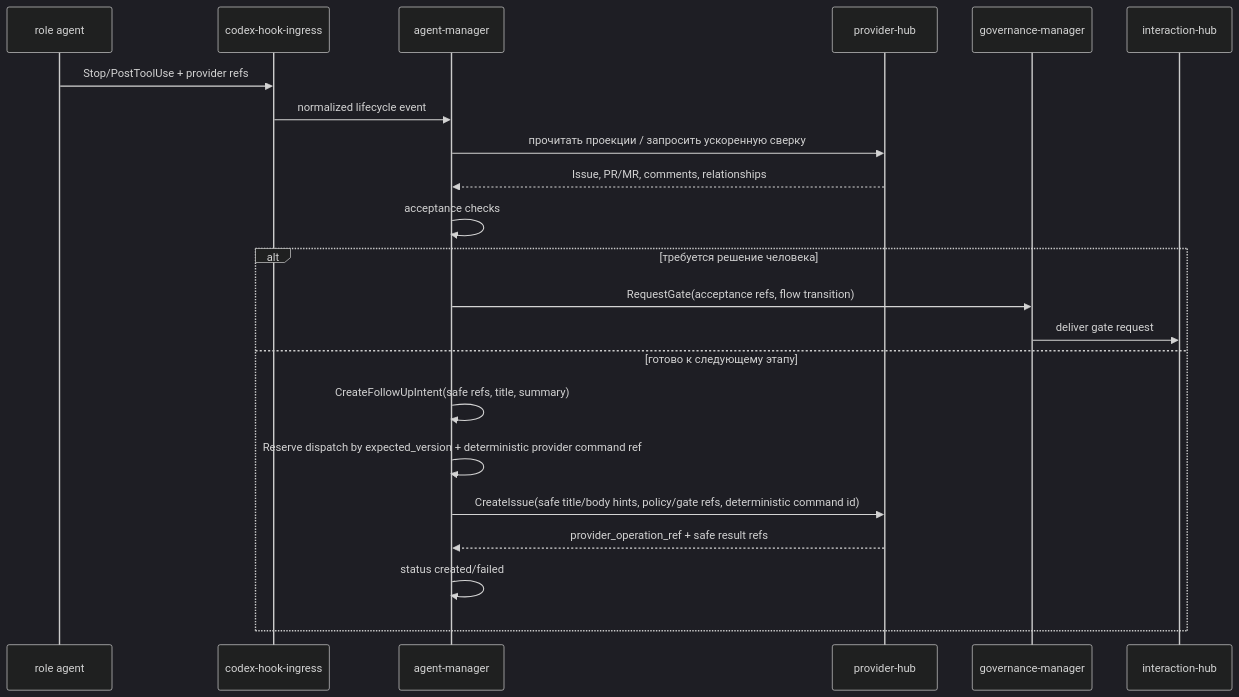
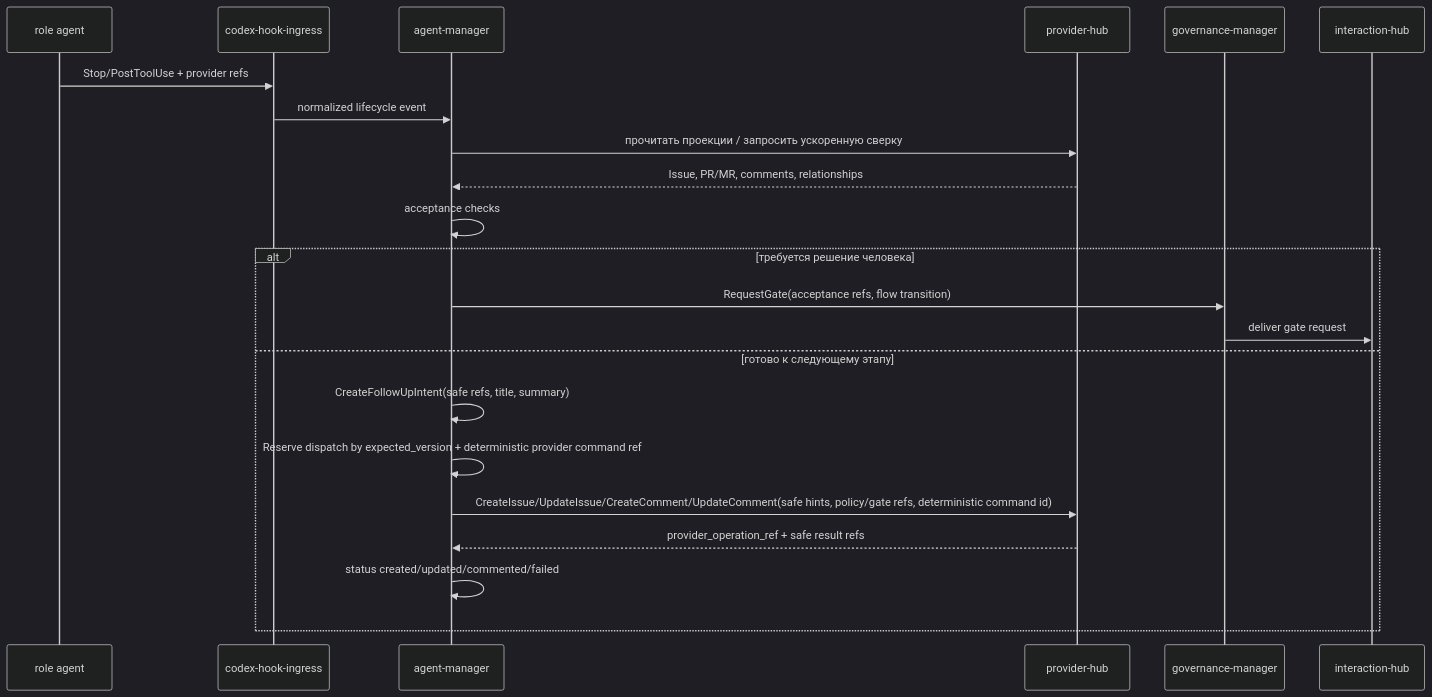
One commit to codex-k8s/kodex changed the third of 3 diagrams in docs/domains/agent-orchestration/architecture/design.md. Above: the diagram before and after it, drawn with Mermaid (dark theme). The commit also changed other lines of this file and 25 other files, not shown here.

````diff
--- a/docs/domains/agent-orchestration/architecture/design.md
+++ b/docs/domains/agent-orchestration/architecture/design.md
@@ -122,24 +122,24 @@
 ```mermaid
 sequenceDiagram
   participant Runner as role agent
   participant Hooks as codex-hook-ingress
   participant AM as agent-manager
   participant PH as provider-hub
   participant GOV as governance-manager
   participant IH as interaction-hub
   Runner->>Hooks: Stop/PostToolUse + provider refs
   Hooks->>AM: normalized lifecycle event
   AM->>PH: прочитать проекции / запросить ускоренную сверку
   PH-->>AM: Issue, PR/MR, comments, relationships
   AM->>AM: acceptance checks
   alt требуется решение человека
     AM->>GOV: RequestGate(acceptance refs, flow transition)
     GOV->>IH: deliver gate request
   else готово к следующему этапу
     AM->>AM: CreateFollowUpIntent(safe refs, title, summary)
     AM->>AM: Reserve dispatch by expected_version + deterministic provider command ref
-    AM->>PH: CreateIssue(safe title/body hints, policy/gate refs, deterministic command id)
+    AM->>PH: CreateIssue/UpdateIssue/CreateComment/UpdateComment(safe hints, policy/gate refs, deterministic command id)
     PH-->>AM: provider_operation_ref + safe result refs
-    AM->>AM: status created/failed
+    AM->>AM: status created/updated/commented/failed
   end
 ```
````
